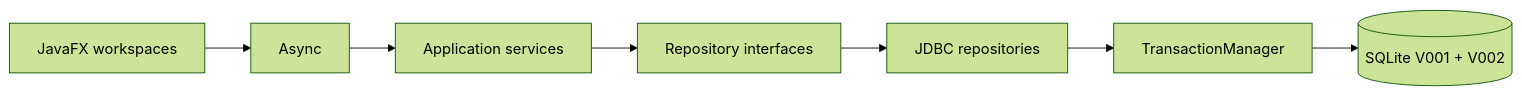
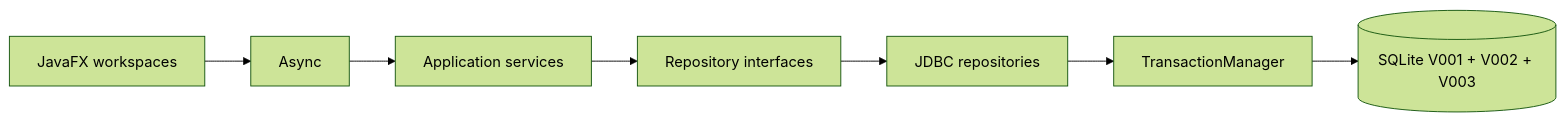
One commit to PaulBradars/ResearchFlow changed the first of 2 diagrams in docs/architecture/CURRENT_IMPLEMENTED_ARCHITECTURE.md. Above: the diagram before and after it, drawn with Mermaid (forest theme). The commit also changed other lines of this file and 92 other files, not shown here.

````diff
--- a/docs/architecture/CURRENT_IMPLEMENTED_ARCHITECTURE.md
+++ b/docs/architecture/CURRENT_IMPLEMENTED_ARCHITECTURE.md
@@ -21,9 +29,9 @@
 ```mermaid
 flowchart LR
     UI[JavaFX workspaces] --> AS[Async]
     AS --> S[Application services]
     S --> RI[Repository interfaces]
     RI --> JDBC[JDBC repositories]
     JDBC --> TM[TransactionManager]
-    TM --> DB[(SQLite V001 + V002)]
+    TM --> DB[(SQLite V001 + V002 + V003)]
 ```
````
